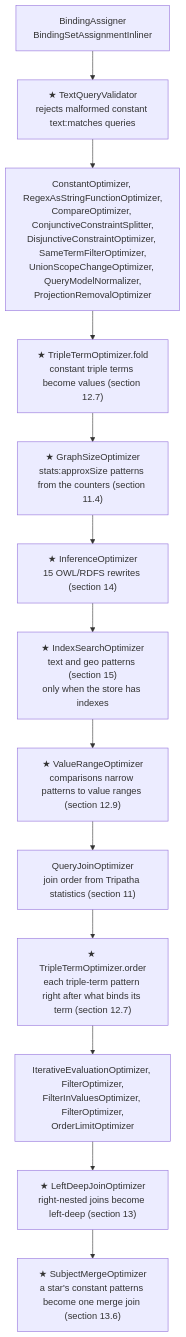
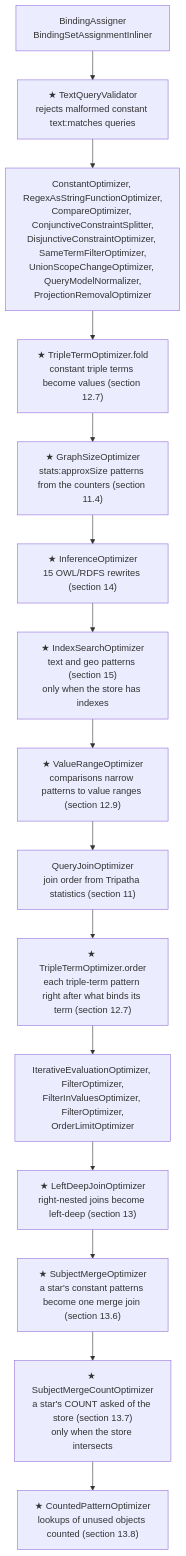
One commit to dgreco/rya-ng changed diagram 12 of 21 in ARCH.md. Above: the diagram before and after it, drawn with Mermaid. The commit also changed other lines of this file and 29 other files, not shown here.

````diff
--- a/ARCH.md
+++ b/ARCH.md
@@ -917,15 +918,17 @@
 ```mermaid
 flowchart TD
     o1["BindingAssigner<br/>BindingSetAssignmentInliner"] --> o2["★ TextQueryValidator<br/>rejects malformed constant text:matches queries"]
     o2 --> o3["ConstantOptimizer, RegexAsStringFunctionOptimizer,<br/>CompareOptimizer, ConjunctiveConstraintSplitter,<br/>DisjunctiveConstraintOptimizer, SameTermFilterOptimizer,<br/>UnionScopeChangeOptimizer, QueryModelNormalizer,<br/>ProjectionRemovalOptimizer"]
     o3 --> o3a["★ TripleTermOptimizer.fold<br/>constant triple terms become values (section 12.7)"]
     o3a --> o3b["★ GraphSizeOptimizer<br/>stats:approxSize patterns from the counters (section 11.4)"]
     o3b --> o4["★ InferenceOptimizer<br/>15 OWL/RDFS rewrites (section 14)"]
     o4 --> o5["★ IndexSearchOptimizer<br/>text and geo patterns (section 15)<br/>only when the store has indexes"]
     o5 --> o5b["★ ValueRangeOptimizer<br/>comparisons narrow patterns to value ranges (section 12.9)"]
     o5b --> o6["QueryJoinOptimizer<br/>join order from Tripatha statistics (section 11)"]
     o6 --> o6b["★ TripleTermOptimizer.order<br/>each triple-term pattern right after what binds its term (section 12.7)"]
     o6b --> o7["IterativeEvaluationOptimizer, FilterOptimizer,<br/>FilterInValuesOptimizer, FilterOptimizer,<br/>OrderLimitOptimizer"]
     o7 --> o8["★ LeftDeepJoinOptimizer<br/>right-nested joins become left-deep (section 13)"]
     o8 --> o9["★ SubjectMergeOptimizer<br/>a star's constant patterns become one merge join (section 13.6)"]
+    o9 --> o10["★ SubjectMergeCountOptimizer<br/>a star's COUNT asked of the store (section 13.7)<br/>only when the store intersects"]
+    o10 --> o11["★ CountedPatternOptimizer<br/>lookups of unused objects counted (section 13.8)"]
 ```
````
